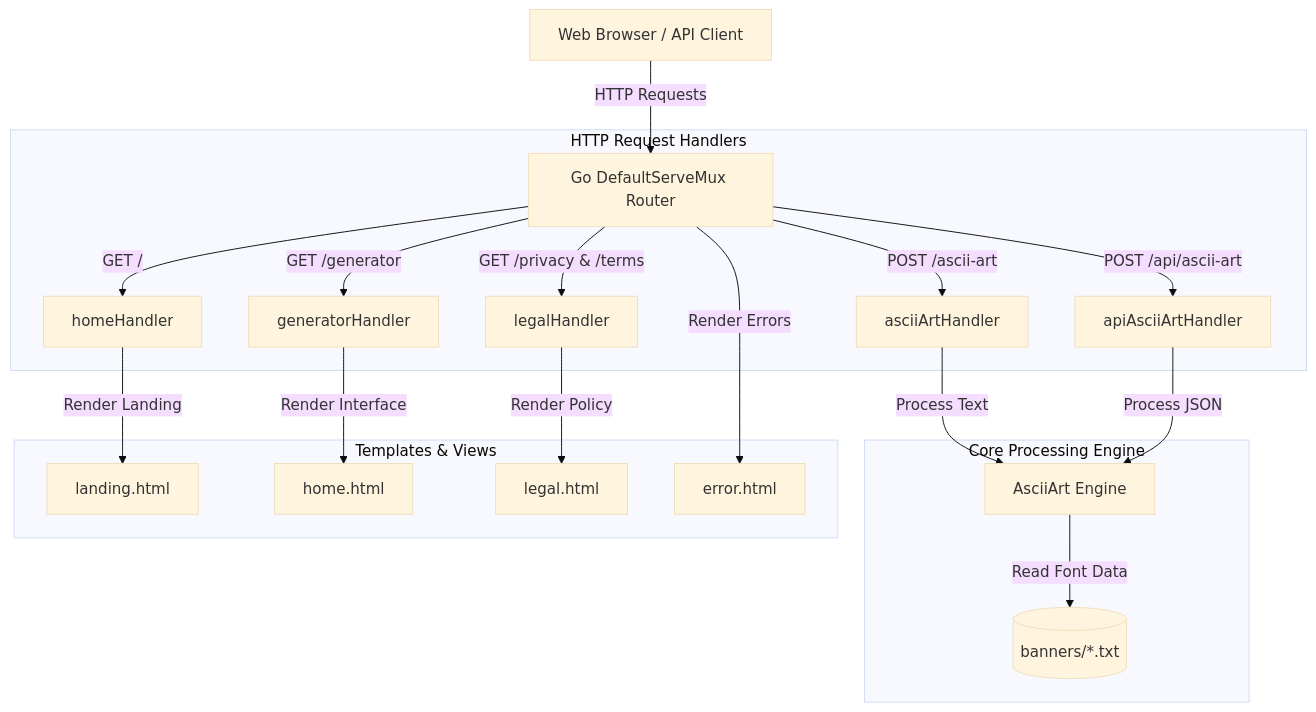
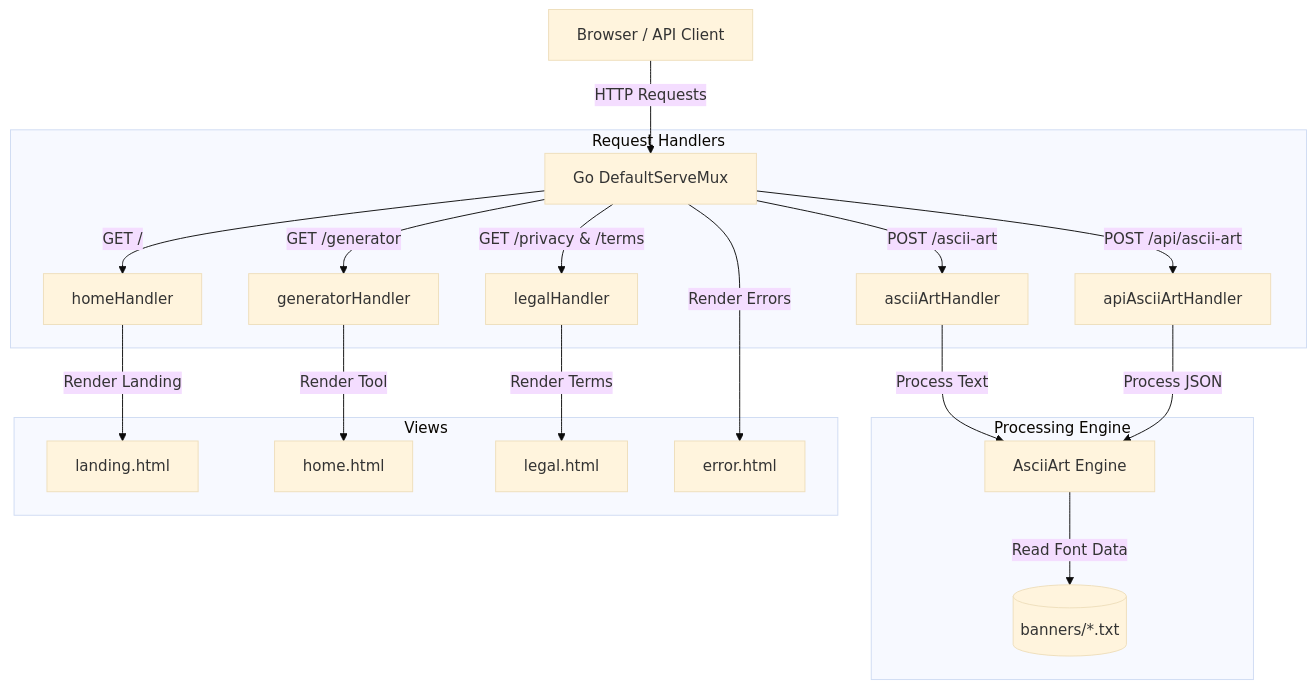
One commit to jezreal-dev/ascii-art-web-generator changed the diagram in README.md. Above: the diagram before and after it, drawn with Mermaid (base theme). The commit also changed other lines of this file and 5 other files, not shown here.

````diff
--- a/README.md
+++ b/README.md
@@ -14,25 +14,25 @@
 ```mermaid
 graph TD
-    Client[Web Browser / API Client] -->|HTTP Requests| Router[Go DefaultServeMux Router]
+    Client[Browser / API Client] -->|HTTP Requests| Router[Go DefaultServeMux]
     
-    subgraph Handlers [HTTP Request Handlers]
+    subgraph Handlers [Request Handlers]
         Router -->|GET /| Home[homeHandler]
         Router -->|GET /generator| Gen[generatorHandler]
         Router -->|POST /ascii-art| Form[asciiArtHandler]
         Router -->|POST /api/ascii-art| JSON[apiAsciiArtHandler]
         Router -->|GET /privacy & /terms| Legal[legalHandler]
     end
 
-    subgraph Core [Core Processing Engine]
+    subgraph Core [Processing Engine]
         Form -->|Process Text| Art[AsciiArt Engine]
         JSON -->|Process JSON| Art
         Art -->|Read Font Data| Banners[(banners/*.txt)]
     end
 
-    subgraph Presentation [Templates & Views]
+    subgraph Presentation [Views]
         Home -->|Render Landing| LandingTmpl[landing.html]
-        Gen -->|Render Interface| HomeTmpl[home.html]
-        Legal -->|Render Policy| LegalTmpl[legal.html]
+        Gen -->|Render Tool| HomeTmpl[home.html]
+        Legal -->|Render Terms| LegalTmpl[legal.html]
         Router -->|Render Errors| ErrorTmpl[error.html]
     end
 ```
````
